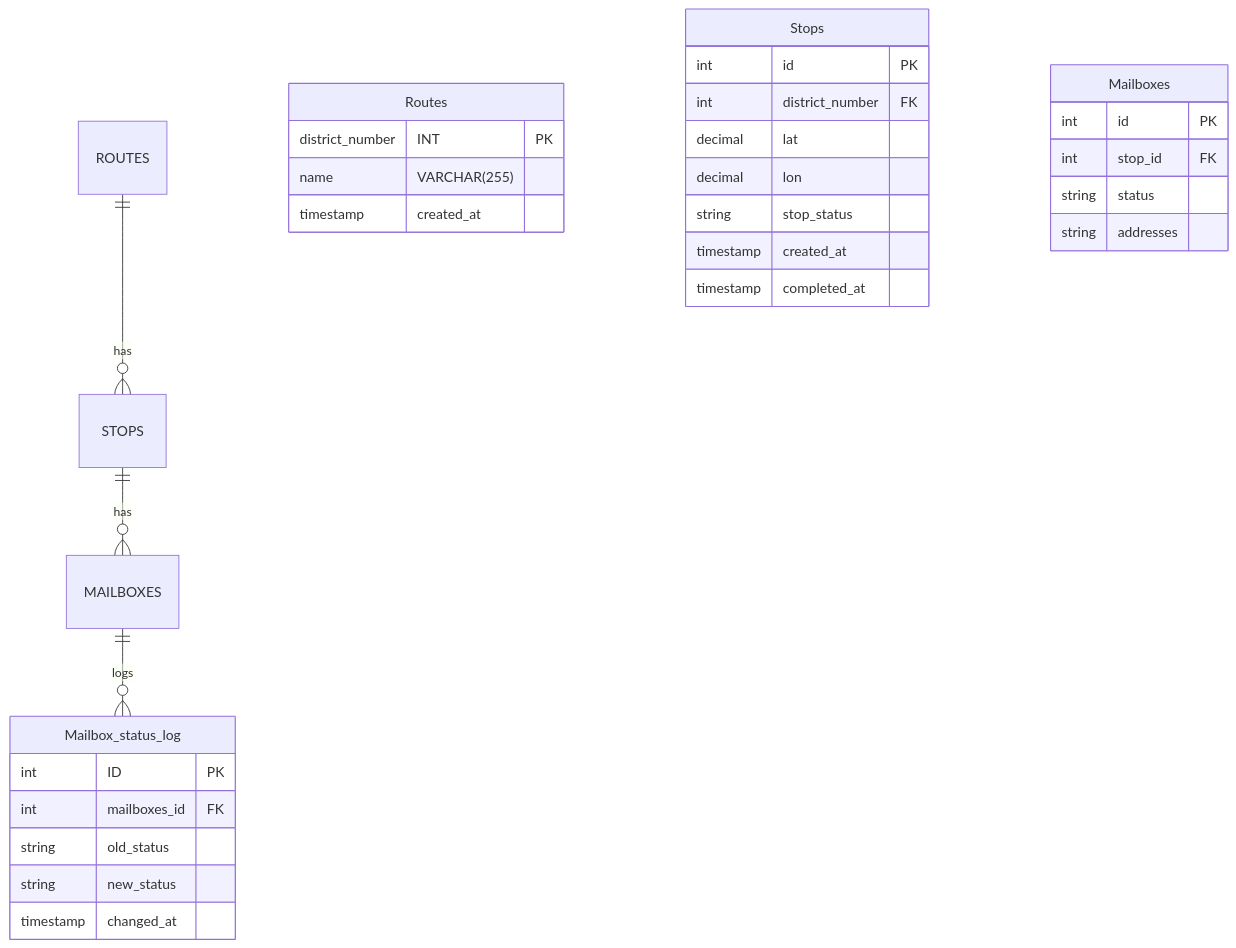
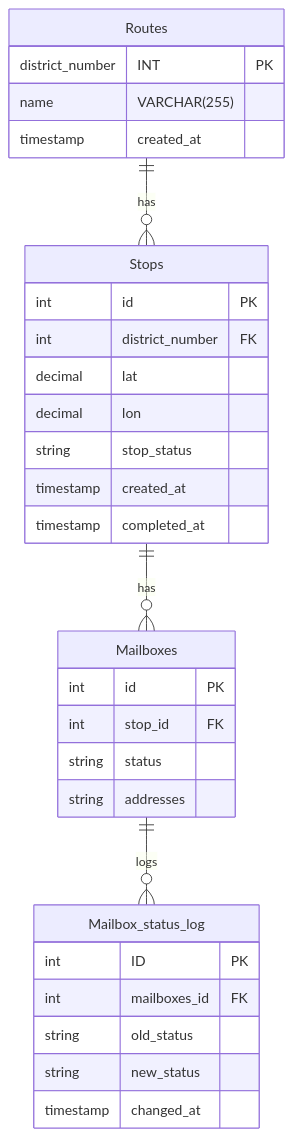
One commit to miskadelux/Route-Optimizer changed the diagram in docs/ER-diagram.md. Above: the diagram before and after it, drawn with Mermaid.

Commit message:
Fix casing in ER diagram relationships

````diff
--- a/docs/ER-diagram.md
+++ b/docs/ER-diagram.md
@@ -1,38 +1,38 @@
 ```mermaid
 erDiagram
-ROUTES ||--o{ STOPS : has
-STOPS ||--o{ MAILBOXES : has
-MAILBOXES ||--o{ Mailbox_status_log : logs
+Routes ||--o{ Stops : has
+Stops ||--o{ Mailboxes : has
+Mailboxes ||--o{ Mailbox_status_log : logs
 
 
     Routes  {
         district_number INT PK
         name VARCHAR(255)
         timestamp created_at
     }
 
     Stops {
         int id PK
         int district_number FK
         decimal lat
         decimal lon
         string stop_status
         timestamp created_at
         timestamp completed_at 
     }
 
     Mailboxes {
         int id PK
         int stop_id FK
         string status 
         string addresses 
     }
 
     Mailbox_status_log {
         int ID PK
         int mailboxes_id FK
         string old_status
         string new_status
         timestamp changed_at
     }
 ```
````
